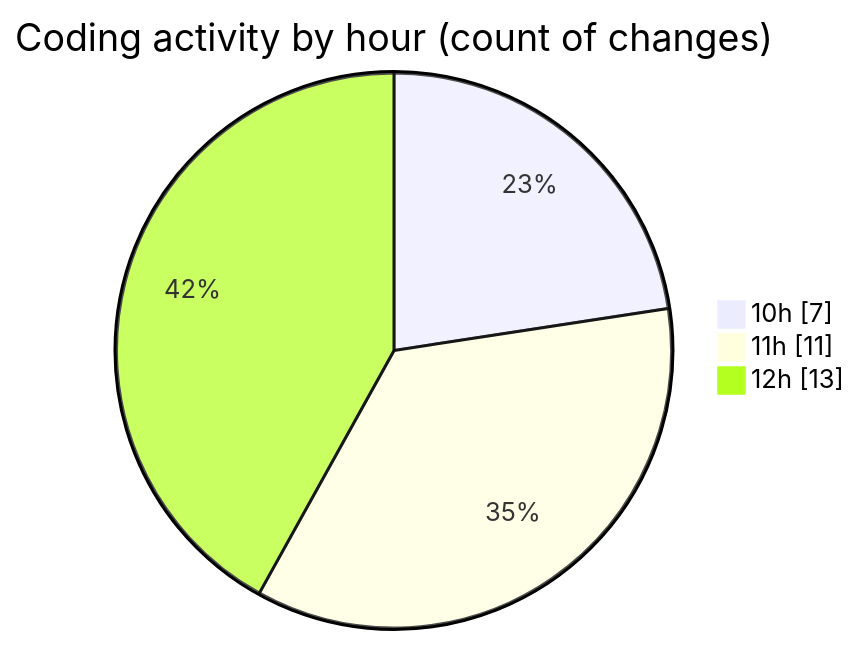
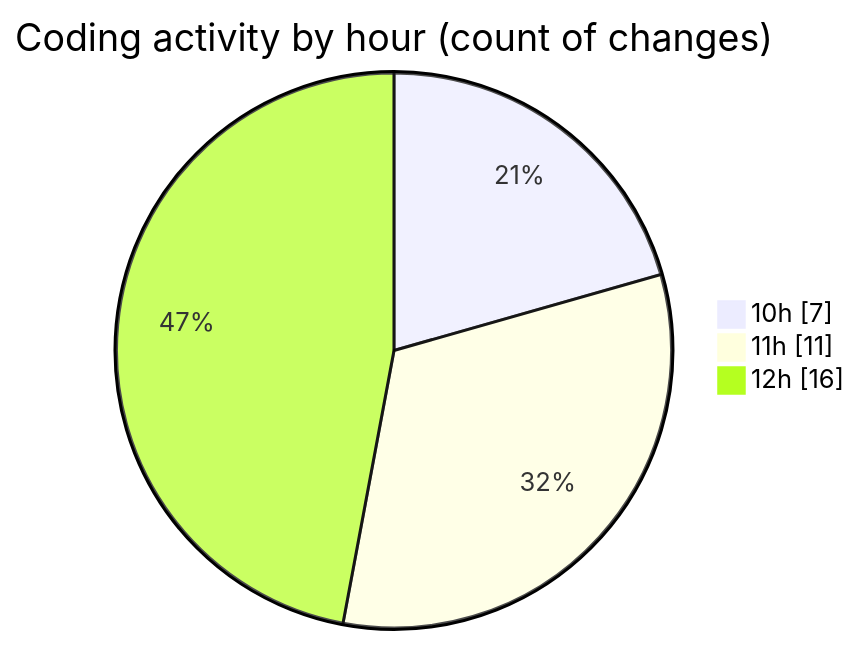
Before and after one commit to igalym/code-tracking: the second of 2 diagrams in 2026-03-31/cinema/README.md, drawn with Mermaid. The commit also changed other lines of this file and 1 other file, not shown here.

````diff
--- a/2026-03-31/cinema/README.md
+++ b/2026-03-31/cinema/README.md
@@ -40,7 +40,7 @@
 ```mermaid
 pie showData
 title Coding activity by hour (count of changes)
 "10h" : 7
 "11h" : 11
-"12h" : 13
+"12h" : 16
 ```
````
